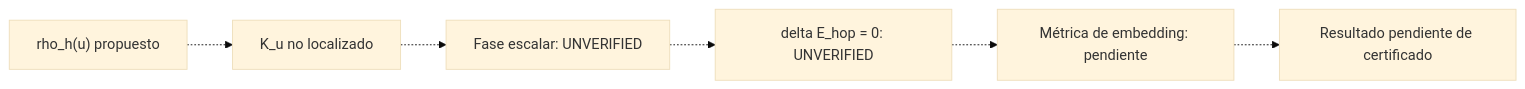
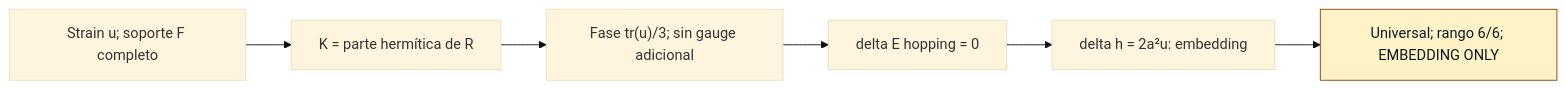
The diagram in docs/family_atlas/families/F4_hermitian_elastic.md (nacho09021973/qca-causal-cones), drawn with Mermaid (base theme) before and after one commit. The commit also changed other lines of this file and 12 other files, not shown here.

````diff
--- a/docs/family_atlas/families/F4_hermitian_elastic.md
+++ b/docs/family_atlas/families/F4_hermitian_elastic.md
@@ -64,8 +80,10 @@
 ```mermaid
 flowchart LR
-  A["rho_h(u) propuesto"] -.-> B["K_u no localizado"]
-  B -.-> C["Fase escalar: UNVERIFIED"]
-  C -.-> D["delta E_hop = 0: UNVERIFIED"]
-  D -.-> E["Métrica de embedding: pendiente"]
-  E -.-> F["Resultado pendiente de certificado"]
+  A["Strain u; soporte F completo"] --> B["K = parte hermítica de R"]
+  B --> C["Fase tr(u)/3; sin gauge adicional"]
+  C --> D["delta E hopping = 0"]
+  D --> E["delta h = 2a²u: embedding"]
+  E --> F["Universal; rango 6/6; EMBEDDING ONLY"]
+  classDef limited fill:#fef3c7,stroke:#92400e,color:#111827;
+  class F limited;
 ```
````
